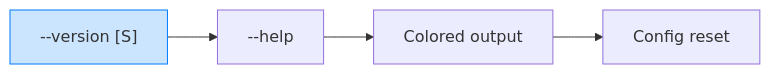
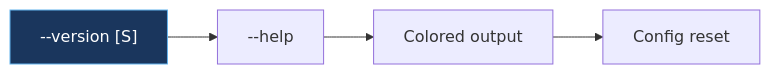
One commit to Miguel-EpicJS/ash-cli changed the seventh of 8 diagrams in ROADMAP.md. Above: the diagram before and after it, drawn with Mermaid. The commit also changed other lines of this file, not shown here.

````diff
--- a/ROADMAP.md
+++ b/ROADMAP.md
@@ -277,8 +277,8 @@
 ```mermaid
 flowchart LR
     A["--version [S]"] --> B["--help"]
     B --> C["Colored output"]
     C --> D["Config reset"]
     
-    style A fill:#cce5ff,stroke:#007bff
+    style A fill:#1a365d,stroke:#63b3ed,color:#fff
 ```
````
